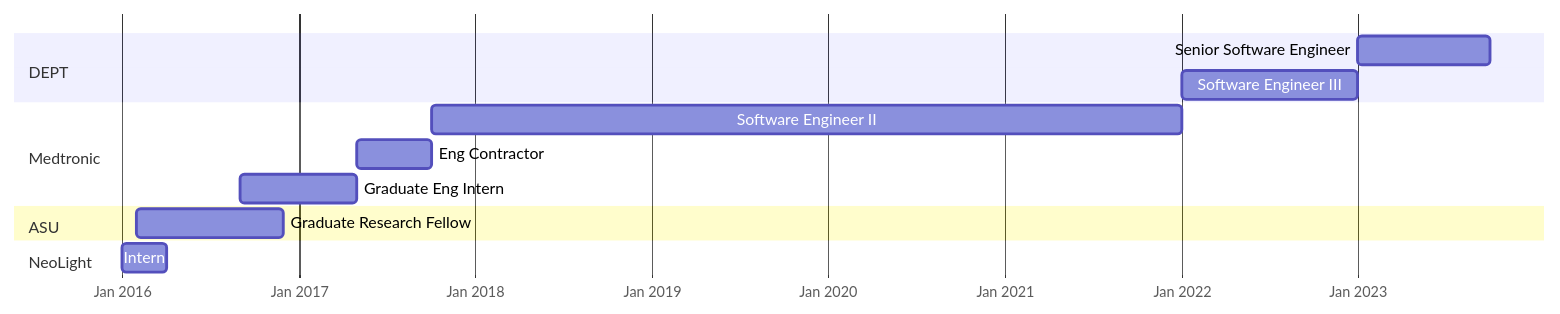
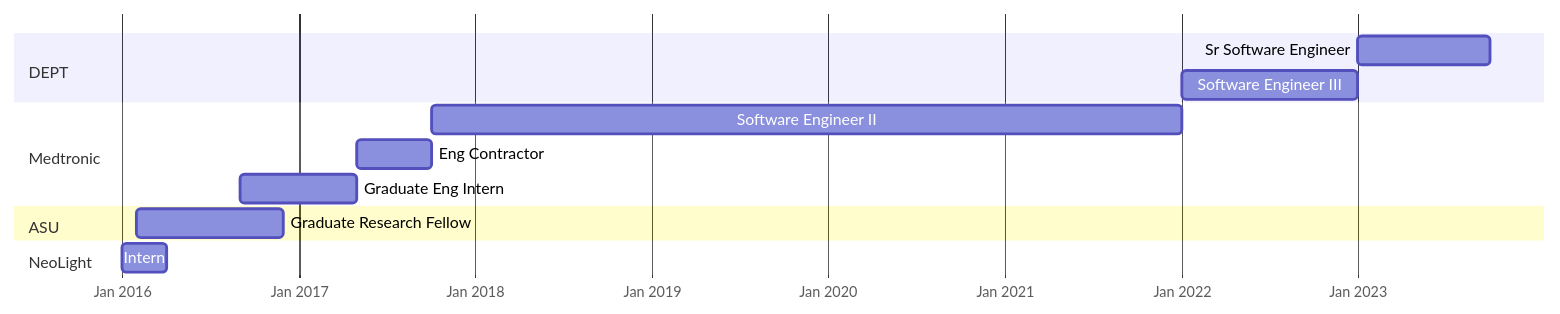
Before and after one commit to AshwinSundar/resume: the diagram in resume.md, drawn with Mermaid. The commit also changed other lines of this file, not shown here.

````diff
--- a/resume.md
+++ b/resume.md
@@ -130,21 +76,21 @@
 ```mermaid
 gantt
 dateFormat MM-YYYY
 axisFormat %b %Y
 tickInterval 12month
 
 section DEPT
-    Senior Software Engineer : 01-2023, 10-2023
+    Sr Software Engineer : 01-2023, 10-2023
     Software Engineer III : 01-2022, 01-2023
 
 section Medtronic
     Software Engineer II : 10-2017, 01-2022
     Eng Contractor : 05-2017, 10-2017
     Graduate Eng Intern : 09-2016, 05-2017
 
 section ASU
     Graduate Research Fellow : 02-2016, 12-2016
 
 section NeoLight
     Intern : 01-2016, 04-2016
 ```
````
